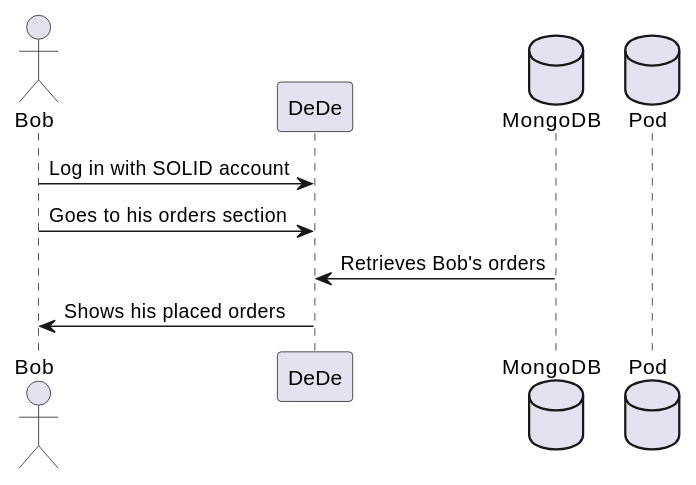
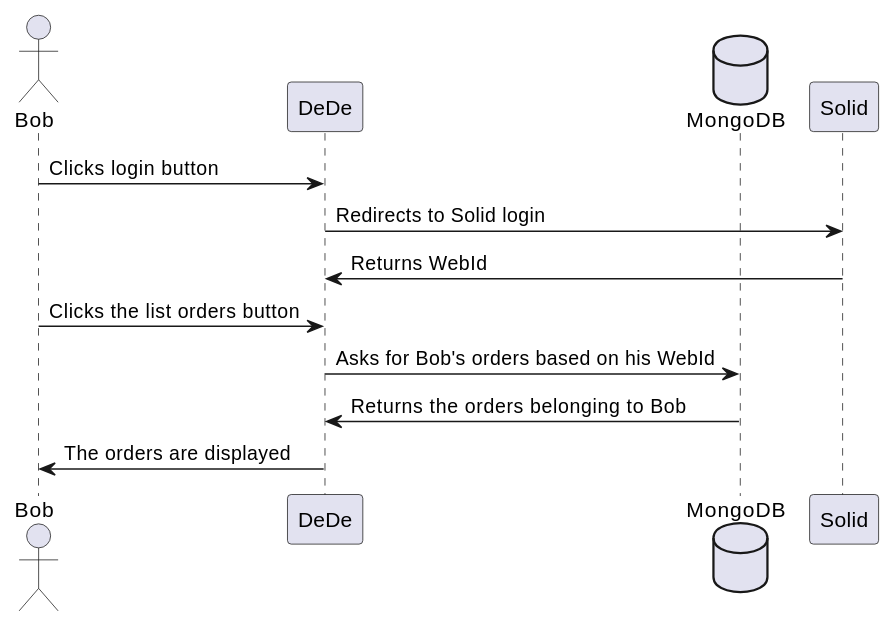
One commit to Arquisoft/dede_en1a changed the third of 3 diagrams in docs/06_runtime_view.adoc. Above: the diagram before and after it, drawn with PlantUML.

Commit message:
Order listing documentation.

```diff
--- a/docs/06_runtime_view.adoc
+++ b/docs/06_runtime_view.adoc
@@ -58,12 +58,16 @@
 [plantuml,"bob_buy",png]
 ----
 actor Bob
 participant DeDe
 database MongoDB
-database Pod
+participant Solid
 
-Bob -> DeDe : Log in with SOLID account
-Bob -> DeDe : Goes to his orders section
-DeDe <- MongoDB : Retrieves Bob's orders
-Bob <- DeDe : Shows his placed orders
+Bob -> DeDe : Clicks login button
+DeDe -> Solid : Redirects to Solid login
+Solid -> DeDe : Returns WebId
+Bob -> DeDe : Clicks the list orders button
+DeDe -> MongoDB : Asks for Bob's orders based on his WebId
+MongoDB -> DeDe : Returns the orders belonging to Bob
+DeDe -> Bob : The orders are displayed
+
 ----
```
